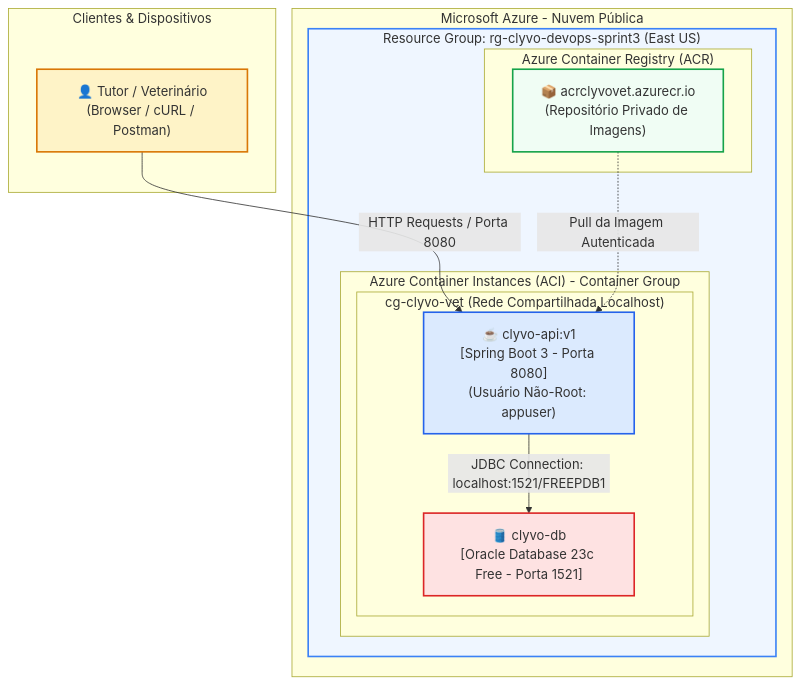
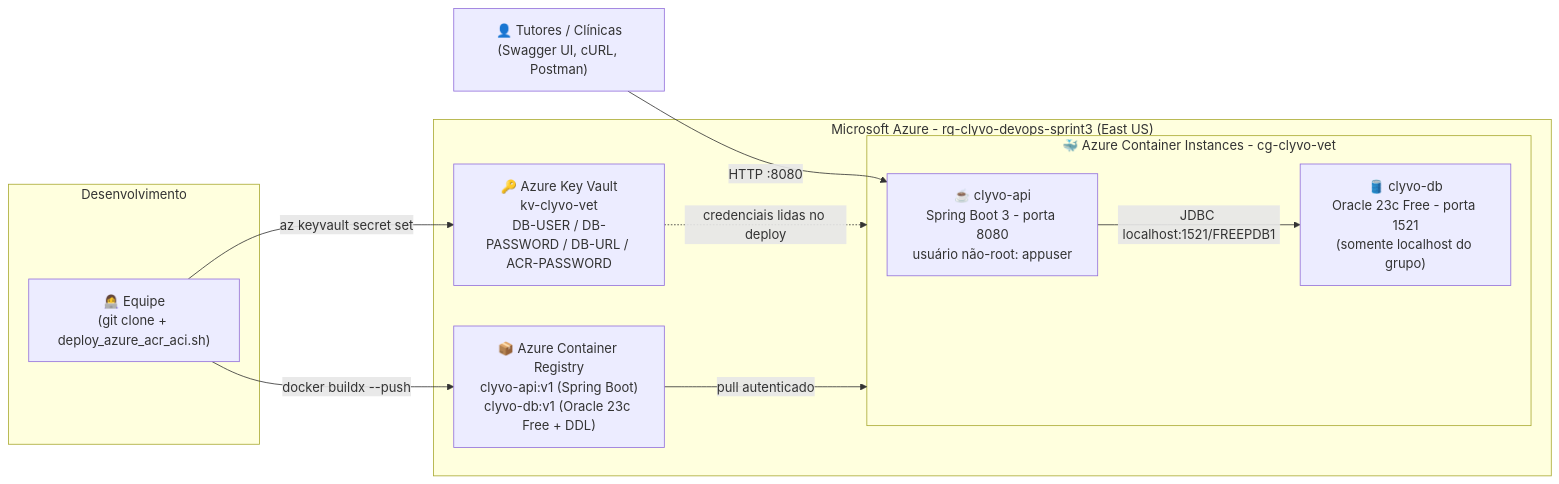
Before and after one commit to Gabriel-Maciel06/ChDevops: the diagram in README.md, drawn with Mermaid. The commit also changed other lines of this file and 31 other files, not shown here.

````diff
--- a/README.md
+++ b/README.md
@@ -44,33 +47,24 @@
 ```mermaid
-graph TD
-    subgraph Internet["Clientes & Dispositivos"]
-        User["👤 Tutor / Veterinário\n(Browser / cURL / Postman)"]
+graph LR
+    subgraph Dev["Desenvolvimento"]
+        DevTeam["👩‍💻 Equipe\n(git clone + deploy_azure_acr_aci.sh)"]
     end
 
-    subgraph Azure["Microsoft Azure - Nuvem Pública"]
-        subgraph RG["Resource Group: rg-clyvo-devops-sprint3 (East US)"]
-            
-            subgraph ACR_Section["Azure Container Registry (ACR)"]
-                ACR["📦 acrclyvovet.azurecr.io\n(Repositório Privado de Imagens)"]
-            end
-            
-            subgraph ACI_Section["Azure Container Instances (ACI) - Container Group"]
-                subgraph ContainerGroup["cg-clyvo-vet (Rede Compartilhada Localhost)"]
-                    App["☕ clyvo-api:v1\n[Spring Boot 3 - Porta 8080]\n(Usuário Não-Root: appuser)"]
-                    DB["🛢️ clyvo-db\n[Oracle Database 23c Free - Porta 1521]"]
-                end
-            end
+    subgraph Azure["Microsoft Azure - rg-clyvo-devops-sprint3 (East US)"]
+        KV["🔑 Azure Key Vault\nkv-clyvo-vet\nDB-USER / DB-PASSWORD / DB-URL / ACR-PASSWORD"]
+        ACR["📦 Azure Container Registry\nclyvo-api:v1 (Spring Boot)\nclyvo-db:v1 (Oracle 23c Free + DDL)"]
+        subgraph ACI["🐳 Azure Container Instances - cg-clyvo-vet"]
+            API["☕ clyvo-api\nSpring Boot 3 - porta 8080\nusuário não-root: appuser"]
+            DB["🛢️ clyvo-db\nOracle 23c Free - porta 1521\n(somente localhost do grupo)"]
         end
     end
 
-    %% Fluxos de Conexão
-    User -->|HTTP Requests / Porta 8080| App
-    ACR -.->|Pull da Imagem Autenticada| App
-    App -->|JDBC Connection: localhost:1521/FREEPDB1| DB
+    Users["👤 Tutores / Clínicas\n(Swagger UI, cURL, Postman)"]
 
-    style User fill:#FEF3C7,stroke:#D97706,stroke-width:2px
-    style RG fill:#EFF6FF,stroke:#3B82F6,stroke-width:2px
-    style ACR fill:#F0FDF4,stroke:#16A34A,stroke-width:2px
-    style App fill:#DBEAFE,stroke:#2563EB,stroke-width:2px
-    style DB fill:#FEE2E2,stroke:#DC2626,stroke-width:2px
+    DevTeam -- "docker buildx --push" --> ACR
+    DevTeam -- "az keyvault secret set" --> KV
+    KV -. "credenciais lidas no deploy" .-> ACI
+    ACR -- "pull autenticado" --> ACI
+    API -- "JDBC localhost:1521/FREEPDB1" --> DB
+    Users -- "HTTP :8080" --> API
 ```
````
